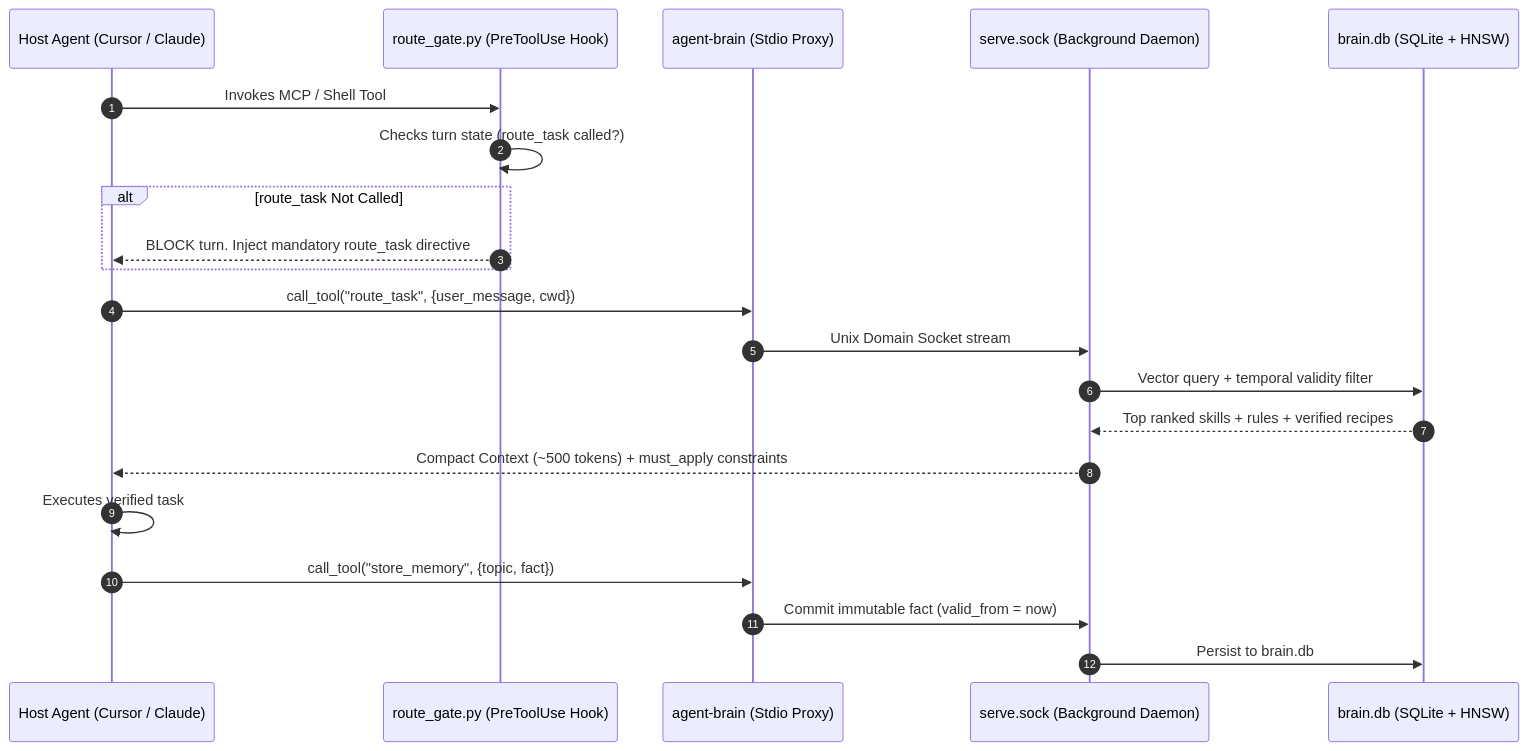
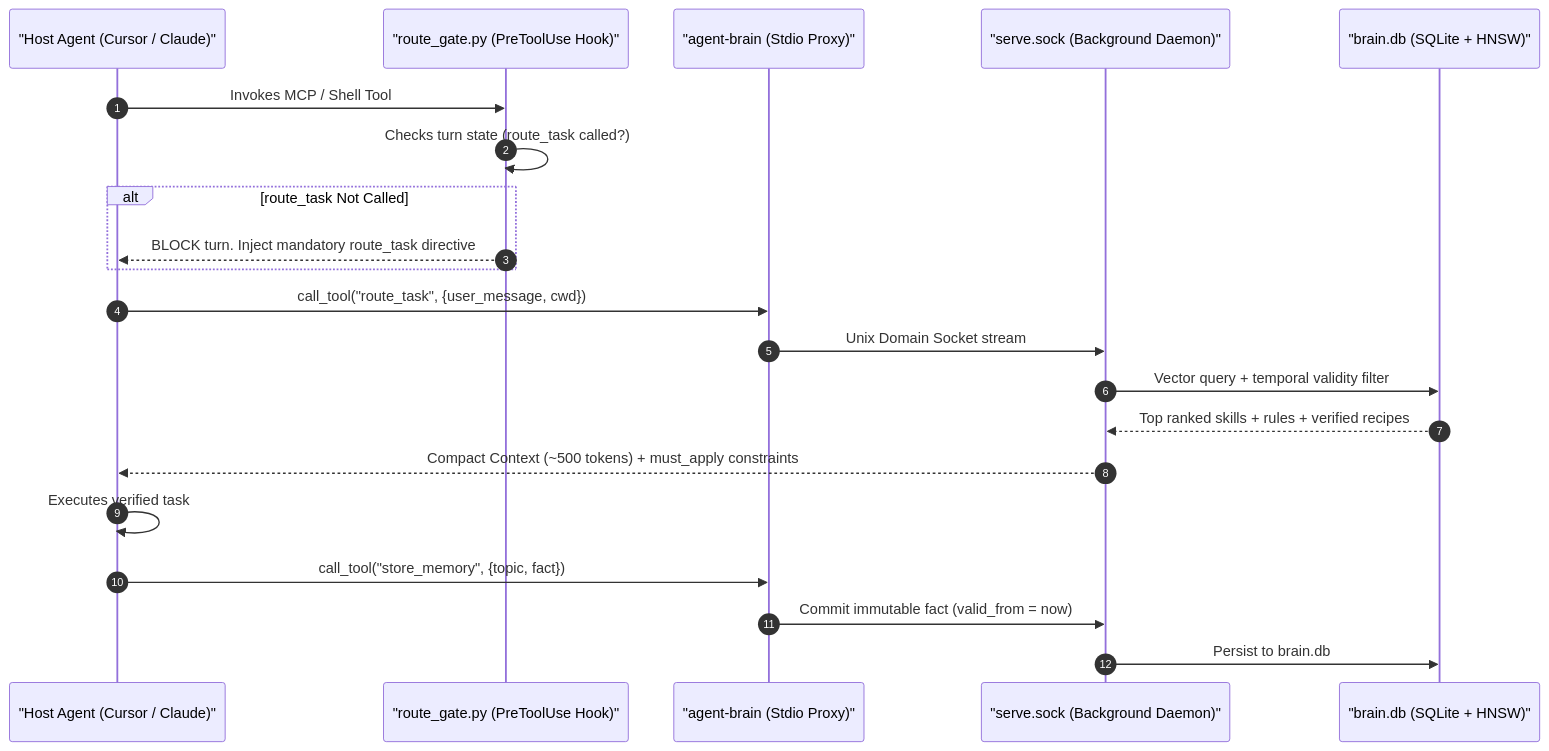
One commit to autonomic-ai-dev/website changed the diagram in src/routes/docs/memory/+page.md. Above: the diagram before and after it, drawn with Mermaid. The commit also changed 17 other files, not shown here.

Commit message:
fix(docs): resolve mermaid chart syntax, add organ utility usage docs & blogs

````diff
--- a/src/routes/docs/memory/+page.md
+++ b/src/routes/docs/memory/+page.md
@@ -9,24 +9,24 @@
 ```mermaid
 sequenceDiagram
     autonumber
-    participant Agent as Host Agent (Cursor / Claude)
-    participant Hook as route_gate.py (PreToolUse Hook)
-    participant Proxy as agent-brain (Stdio Proxy)
-    participant Daemon as serve.sock (Background Daemon)
-    participant Store as brain.db (SQLite + HNSW)
+    participant Agent as "Host Agent (Cursor / Claude)"
+    participant Hook as "route_gate.py (PreToolUse Hook)"
+    participant Proxy as "agent-brain (Stdio Proxy)"
+    participant Daemon as "serve.sock (Background Daemon)"
+    participant Store as "brain.db (SQLite + HNSW)"
 
     Agent->>Hook: Invokes MCP / Shell Tool
     Hook->>Hook: Checks turn state (route_task called?)
     alt route_task Not Called
         Hook-->>Agent: BLOCK turn. Inject mandatory route_task directive
     end
     Agent->>Proxy: call_tool("route_task", {user_message, cwd})
     Proxy->>Daemon: Unix Domain Socket stream
     Daemon->>Store: Vector query + temporal validity filter
     Store-->>Daemon: Top ranked skills + rules + verified recipes
     Daemon-->>Agent: Compact Context (~500 tokens) + must_apply constraints
     Agent->>Agent: Executes verified task
     Agent->>Proxy: call_tool("store_memory", {topic, fact})
     Proxy->>Daemon: Commit immutable fact (valid_from = now)
     Daemon->>Store: Persist to brain.db
 ```
````
